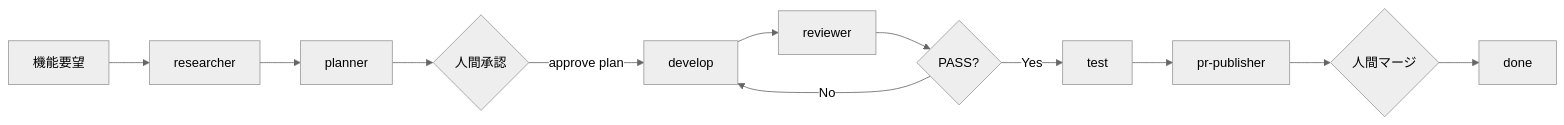
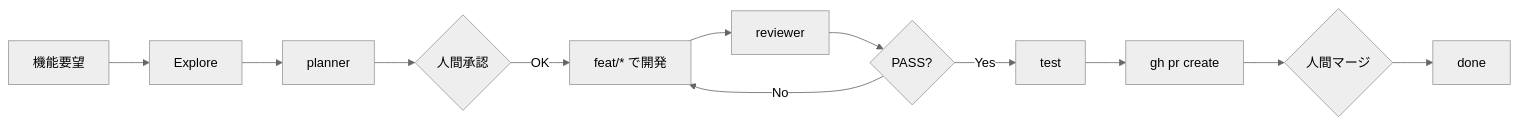
One commit to fress-dev/fress-crm-template changed the diagram in docs/ai-development-harness.md. Above: the diagram before and after it, drawn with Mermaid (neutral theme). The commit also changed other lines of this file and 16 other files, not shown here.

First line of the commit message:
Remove workflow.sh and adopt git/PR-based development flow.

````diff
--- a/docs/ai-development-harness.md
+++ b/docs/ai-development-harness.md
@@ -209,14 +208,14 @@
 ```mermaid
 flowchart LR
-  A[機能要望] --> B[researcher]
+  A[機能要望] --> B[Explore]
   B --> C[planner]
   C --> D{人間承認}
-  D -->|approve plan| E[develop]
+  D -->|OK| E[feat/* で開発]
   E --> F[reviewer]
   F --> G{PASS?}
   G -->|No| E
   G -->|Yes| H[test]
-  H --> I[pr-publisher]
+  H --> I[gh pr create]
   I --> J{人間マージ}
   J --> K[done]
 ```
````
